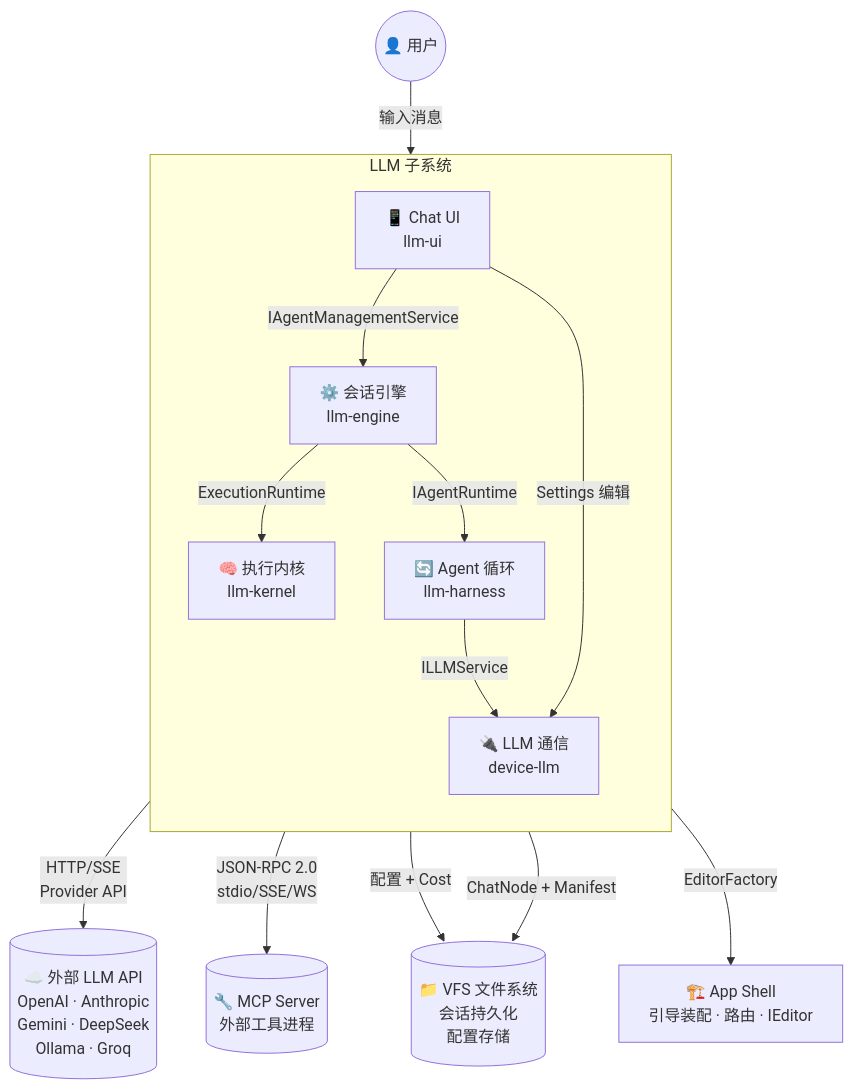
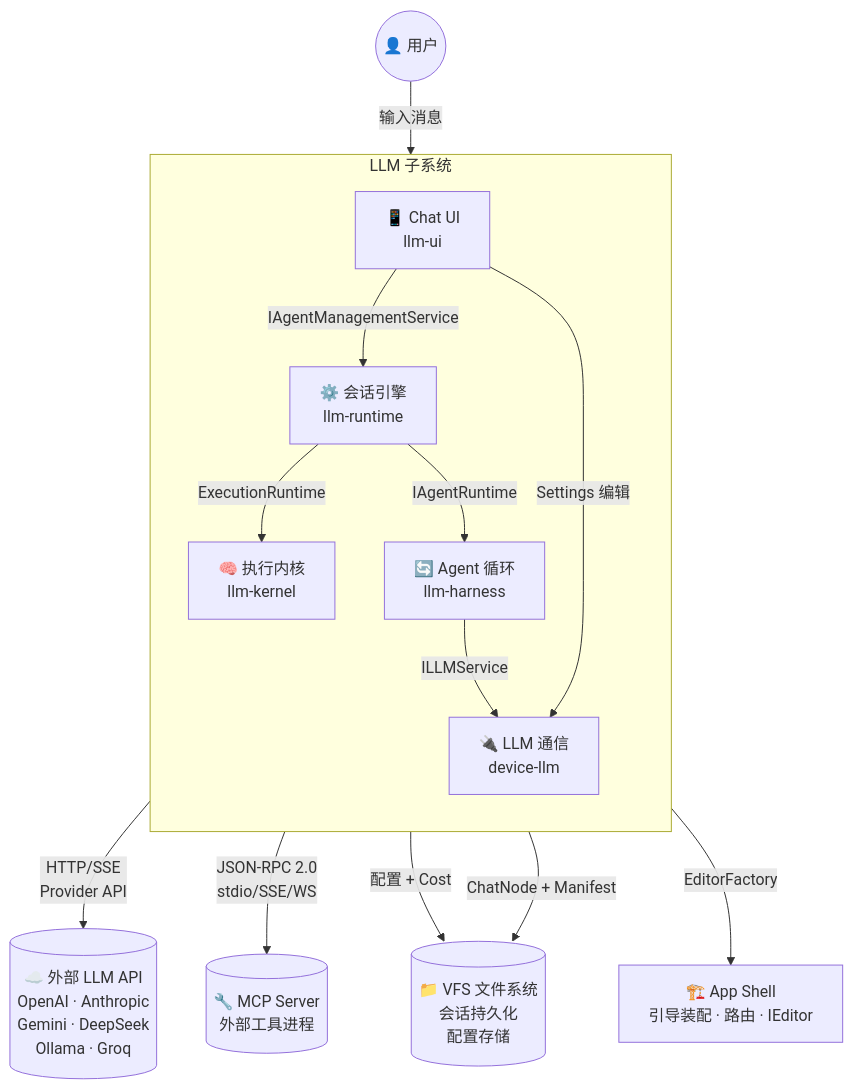
The first of 7 diagrams in doc/feat/llm-design.md (mushuanli/itookit), drawn with Mermaid before and after one commit. The commit also changed other lines of this file and 262 other files, not shown here.

First line of the commit message:
feat: v4.2g LLM architecture consolidation

````diff
--- a/doc/feat/llm-design.md
+++ b/doc/feat/llm-design.md
@@ -68,30 +68,30 @@
 ```mermaid
 graph TB
     User(("👤 用户"))
 
     subgraph Boundary["LLM 子系统"]
         direction TB
         UI["📱 Chat UI<br/>llm-ui"]
-        Engine["⚙️ 会话引擎<br/>llm-engine"]
+        Engine["⚙️ 会话引擎<br/>llm-runtime"]
         Harness["🔄 Agent 循环<br/>llm-harness"]
         Kernel["🧠 执行内核<br/>llm-kernel"]
         Device["🔌 LLM 通信<br/>device-llm"]
     end
 
     LLM_API[("☁️ 外部 LLM API<br/>OpenAI · Anthropic<br/>Gemini · DeepSeek<br/>Ollama · Groq")]
     VFS[("📁 VFS 文件系统<br/>会话持久化<br/>配置存储")]
     MCP_Server[("🔧 MCP Server<br/>外部工具进程")]
     AppShell["🏗️ App Shell<br/>引导装配 · 路由 · IEditor"]
 
     User -->|" 输入消息"| UI
     UI -->|" IAgentManagementService"| Engine
     Engine -->|" ExecutionRuntime"| Kernel
     Engine -->|" IAgentRuntime"| Harness
     Harness -->|" ILLMService"| Device
     Device -->|" HTTP/SSE<br/>Provider API"| LLM_API
     Device -->|" JSON-RPC 2.0<br/>stdio/SSE/WS"| MCP_Server
     Device -->|" 配置 + Cost"| VFS
     Engine -->|" ChatNode + Manifest"| VFS
     UI -->|" EditorFactory"| AppShell
     UI -->|" Settings 编辑"| Device
 ```
````
